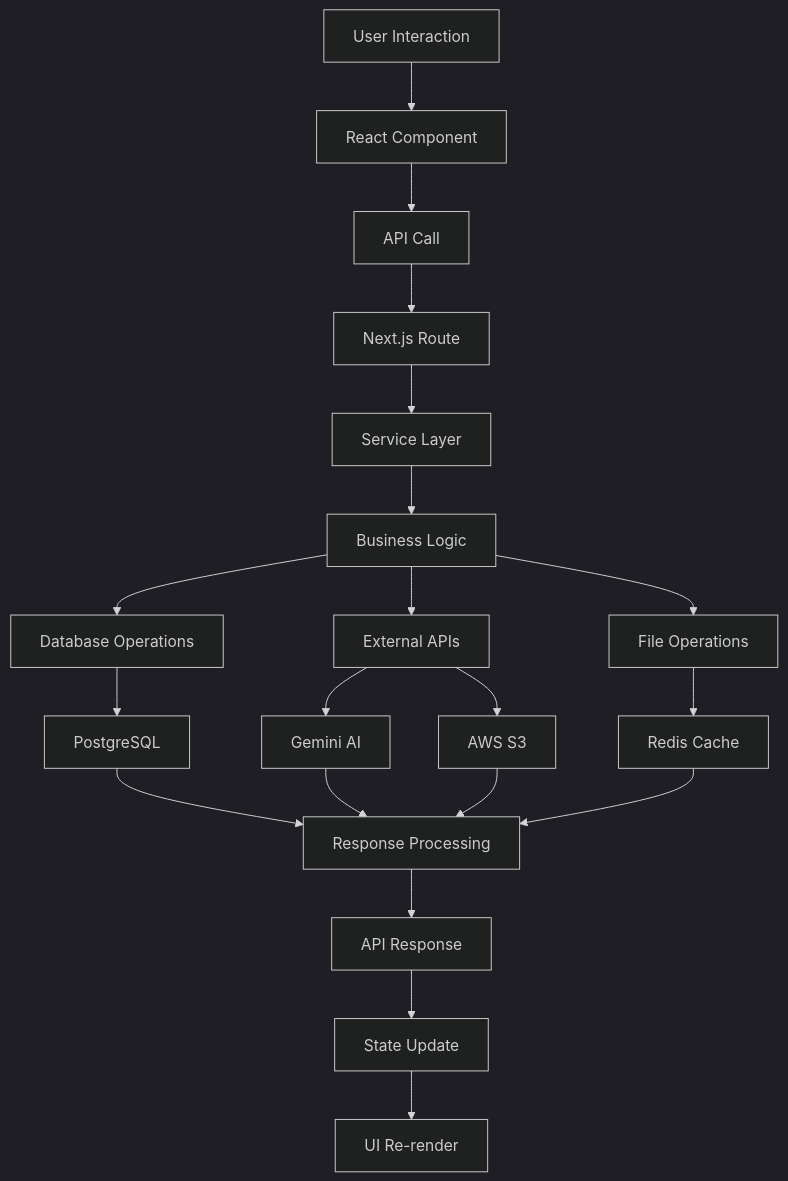
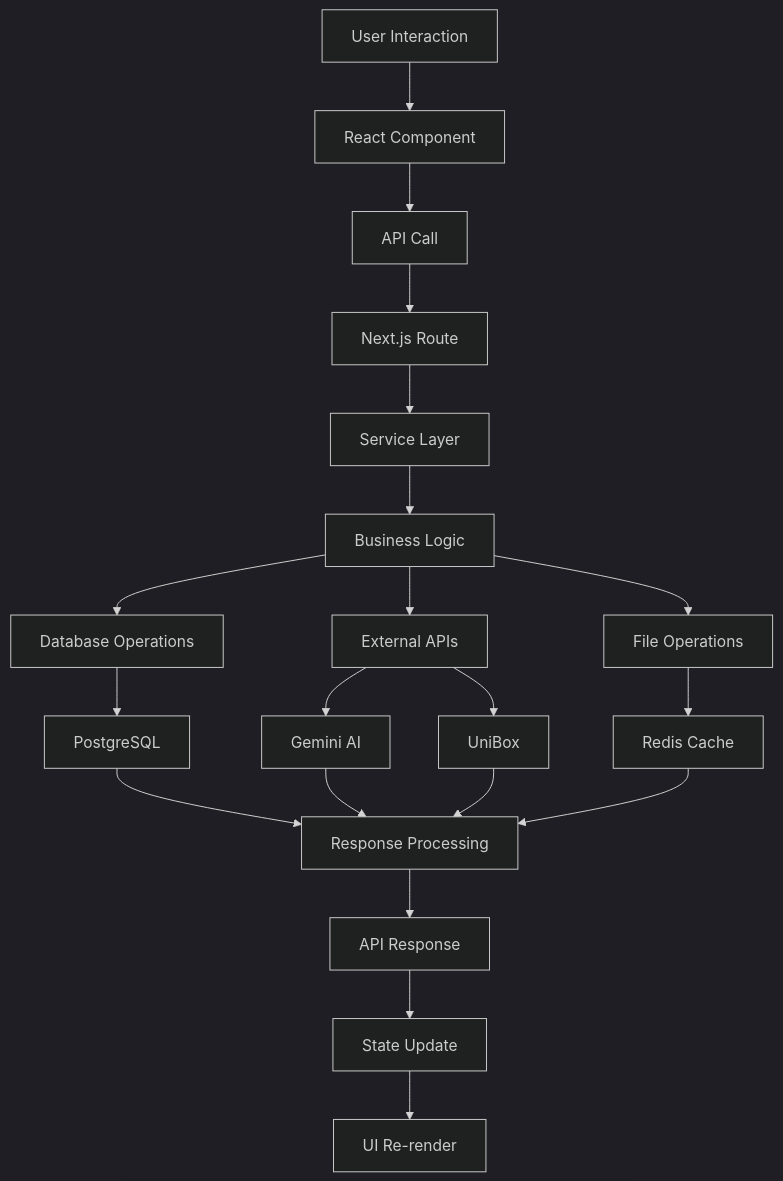
Before and after one commit to poojaroonwit/narinyland: the fourth of 6 diagrams in ARCHITECTURE.md, drawn with Mermaid (dark theme). The commit also changed other lines of this file and 14 other files, not shown here.

````diff
--- a/ARCHITECTURE.md
+++ b/ARCHITECTURE.md
@@ -222,26 +222,26 @@
 ```mermaid
 flowchart TD
     A[User Interaction] --> B[React Component]
     B --> C[API Call]
     C --> D[Next.js Route]
     D --> E[Service Layer]
     E --> F[Business Logic]
     
     F --> G[Database Operations]
     F --> H[External APIs]
     F --> I[File Operations]
     
     G --> J[PostgreSQL]
     H --> K[Gemini AI]
-    H --> L[AWS S3]
+    H --> L[UniBox]
     I --> M[Redis Cache]
     
     J --> N[Response Processing]
     K --> N
     L --> N
     M --> N
     
     N --> O[API Response]
     O --> P[State Update]
     P --> Q[UI Re-render]
 ```
````
